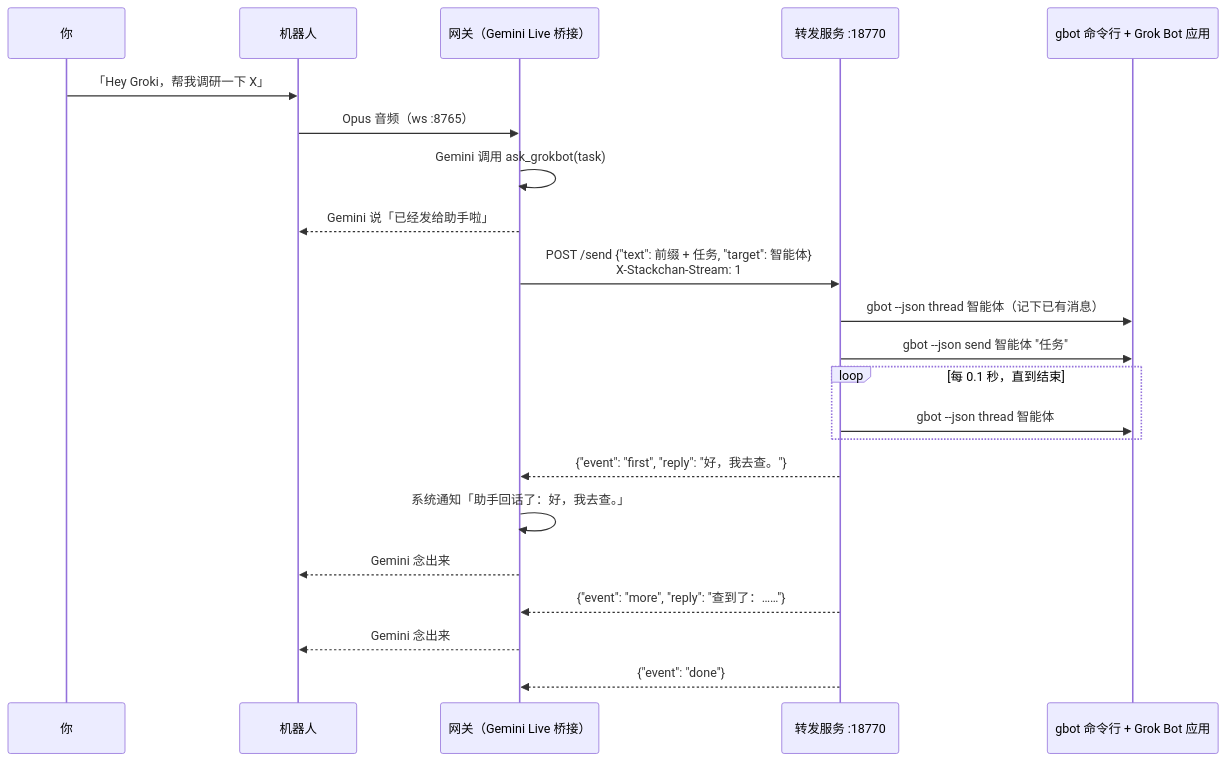
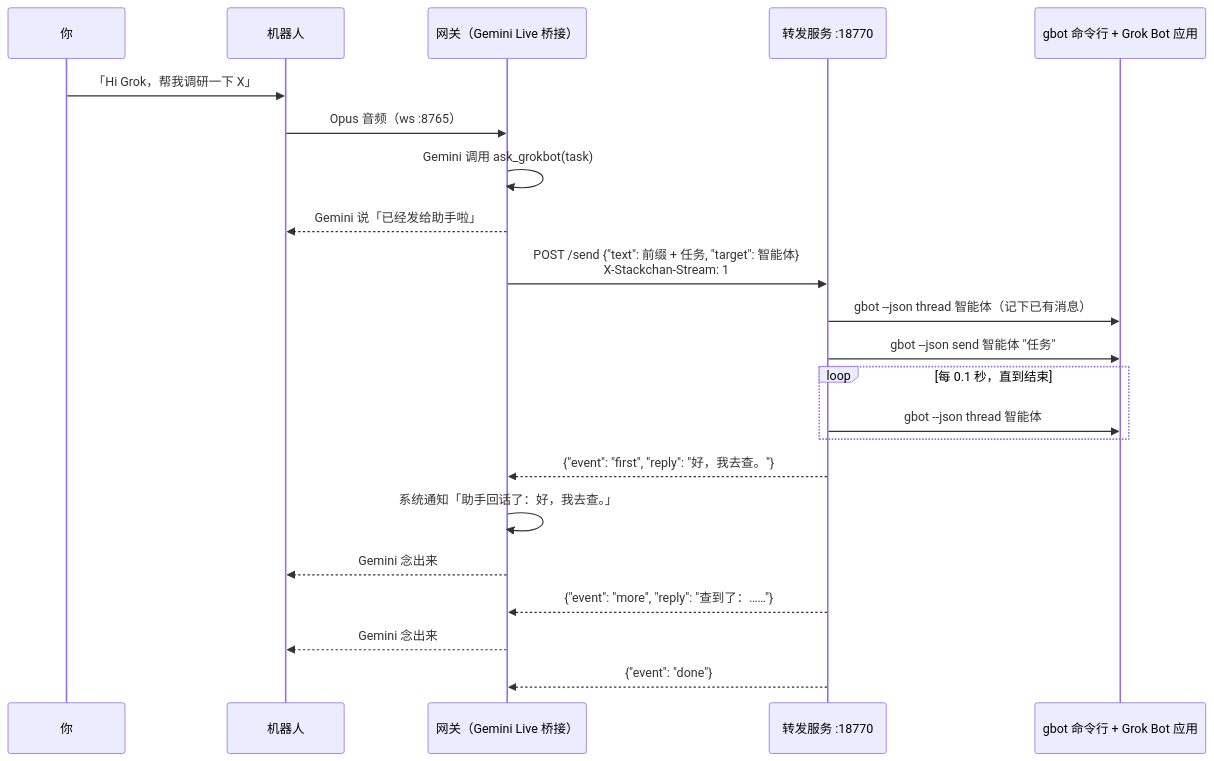
One commit to sefuzhou770801-hub/groki-bot changed the second of 2 diagrams in docs/architecture.zh-CN.md. Above: the diagram before and after it, drawn with Mermaid. The commit also changed other lines of this file and 13 other files, not shown here.

````diff
--- a/docs/architecture.zh-CN.md
+++ b/docs/architecture.zh-CN.md
@@ -120,25 +120,25 @@
 ```mermaid
 sequenceDiagram
     participant U as 你
     participant R as 机器人
     participant G as 网关（Gemini Live 桥接）
     participant P as 转发服务 :18770
     participant B as gbot 命令行 + Grok Bot 应用
 
-    U->>R: 「Hey Groki，帮我调研一下 X」
+    U->>R: 「Hi Grok，帮我调研一下 X」
     R->>G: Opus 音频（ws :8765）
     G->>G: Gemini 调用 ask_grokbot(task)
     G-->>R: Gemini 说「已经发给助手啦」
     G->>P: POST /send {"text": 前缀 + 任务, "target": 智能体}<br/>X-Stackchan-Stream: 1
     P->>B: gbot --json thread 智能体（记下已有消息）
     P->>B: gbot --json send 智能体 "任务"
     loop 每 0.1 秒，直到结束
         P->>B: gbot --json thread 智能体
     end
     P-->>G: {"event": "first", "reply": "好，我去查。"}
     G->>G: 系统通知「助手回话了：好，我去查。」
     G-->>R: Gemini 念出来
     P-->>G: {"event": "more", "reply": "查到了：……"}
     G-->>R: Gemini 念出来
     P-->>G: {"event": "done"}
 ```
````
